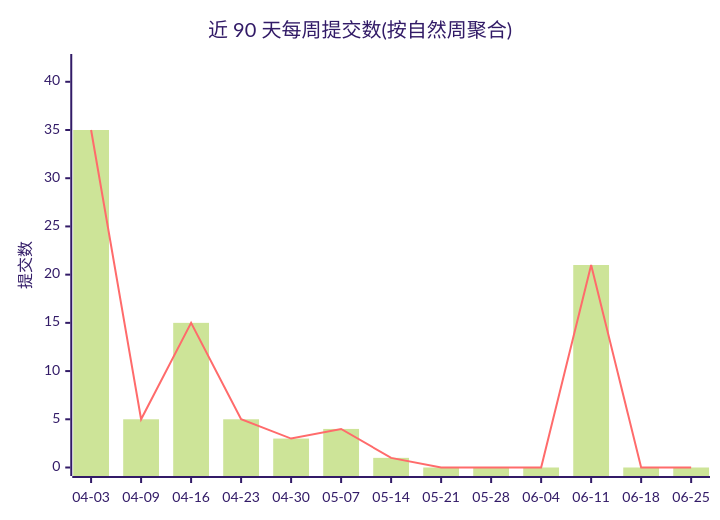
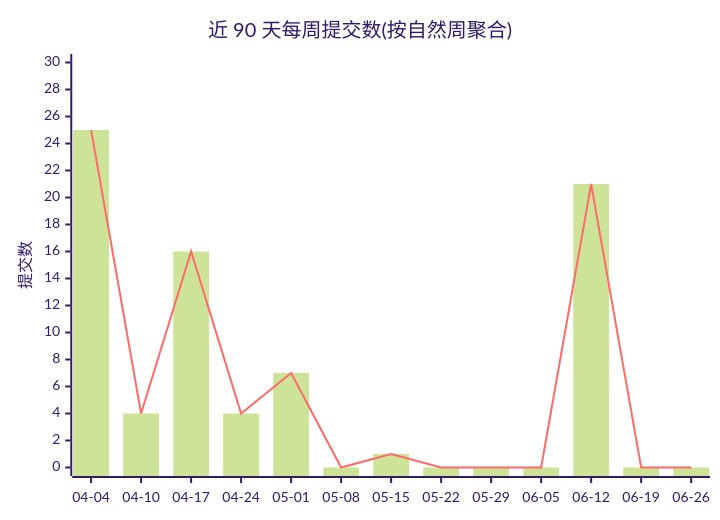
Before and after one commit to Conflux-Union/.github: the first of 2 diagrams in profile/README.md, drawn with Mermaid (forest theme). The commit also changed other lines of this file and 1 other file, not shown here.

Commit message:
chore(stats): refresh org commit stats

````diff
--- a/profile/README.md
+++ b/profile/README.md
@@ -44,8 +44,8 @@
 ```mermaid
 xychart-beta
     title "近 90 天每周提交数(按自然周聚合)"
-    x-axis ["04-03", "04-09", "04-16", "04-23", "04-30", "05-07", "05-14", "05-21", "05-28", "06-04", "06-11", "06-18", "06-25"]
-    y-axis "提交数" 0 --> 42
-    bar [35, 5, 15, 5, 3, 4, 1, 0, 0, 0, 21, 0, 0]
-    line [35, 5, 15, 5, 3, 4, 1, 0, 0, 0, 21, 0, 0]
+    x-axis ["04-04", "04-10", "04-17", "04-24", "05-01", "05-08", "05-15", "05-22", "05-29", "06-05", "06-12", "06-19", "06-26"]
+    y-axis "提交数" 0 --> 30
+    bar [25, 4, 16, 4, 7, 0, 1, 0, 0, 0, 21, 0, 0]
+    line [25, 4, 16, 4, 7, 0, 1, 0, 0, 0, 21, 0, 0]
 ```
````
